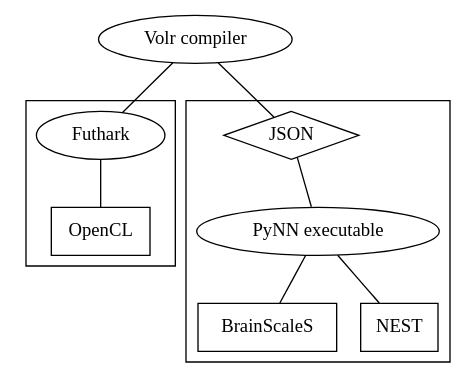
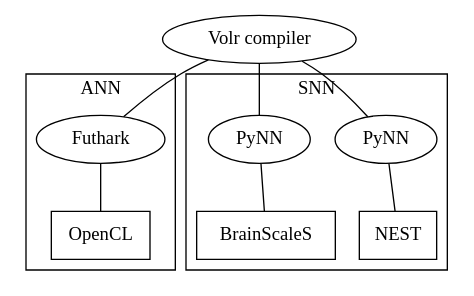
One commit to Jegp/thesis changed the diagram in report/images/volr-architecture.dot. Above: the diagram before and after it, drawn with Graphviz. The commit also changed 6 other files, not shown here.

```diff
--- a/report/images/volr-architecture.dot
+++ b/report/images/volr-architecture.dot
@@ -1,21 +1,20 @@
 graph {
   "Volr compiler"
   subgraph cluster_ann {
-    label="";
+    label="ANN";
     OpenCL [shape="box"]
     Futhark -- OpenCL
   }
   subgraph cluster_snn {
-    label=""
-    JSON [shape="diamond"]
+    label="SNN"
     BrainScaleS [shape="box"]
     NEST [shape="box"]
-    JSON -- PyNN
-    PyNN -- NEST
-    PyNN -- BrainScaleS
+    PyNN0 -- NEST
+    PyNN1 -- BrainScaleS
   }
 
-  "Volr compiler" -- JSON
+  "Volr compiler" -- PyNN0
+  "Volr compiler" -- PyNN1
   "Volr compiler" -- Futhark
-  PyNN [label="PyNN executable"]
+  PyNN0, PyNN1 [label="PyNN"]
 }
```
